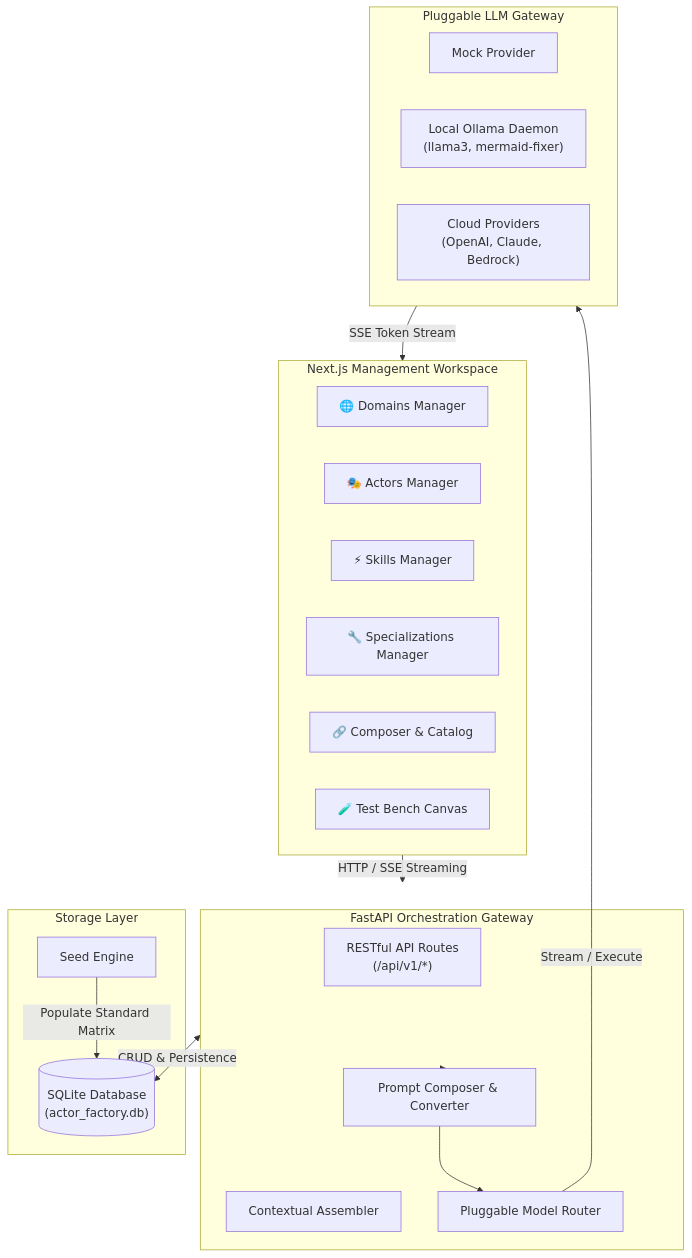
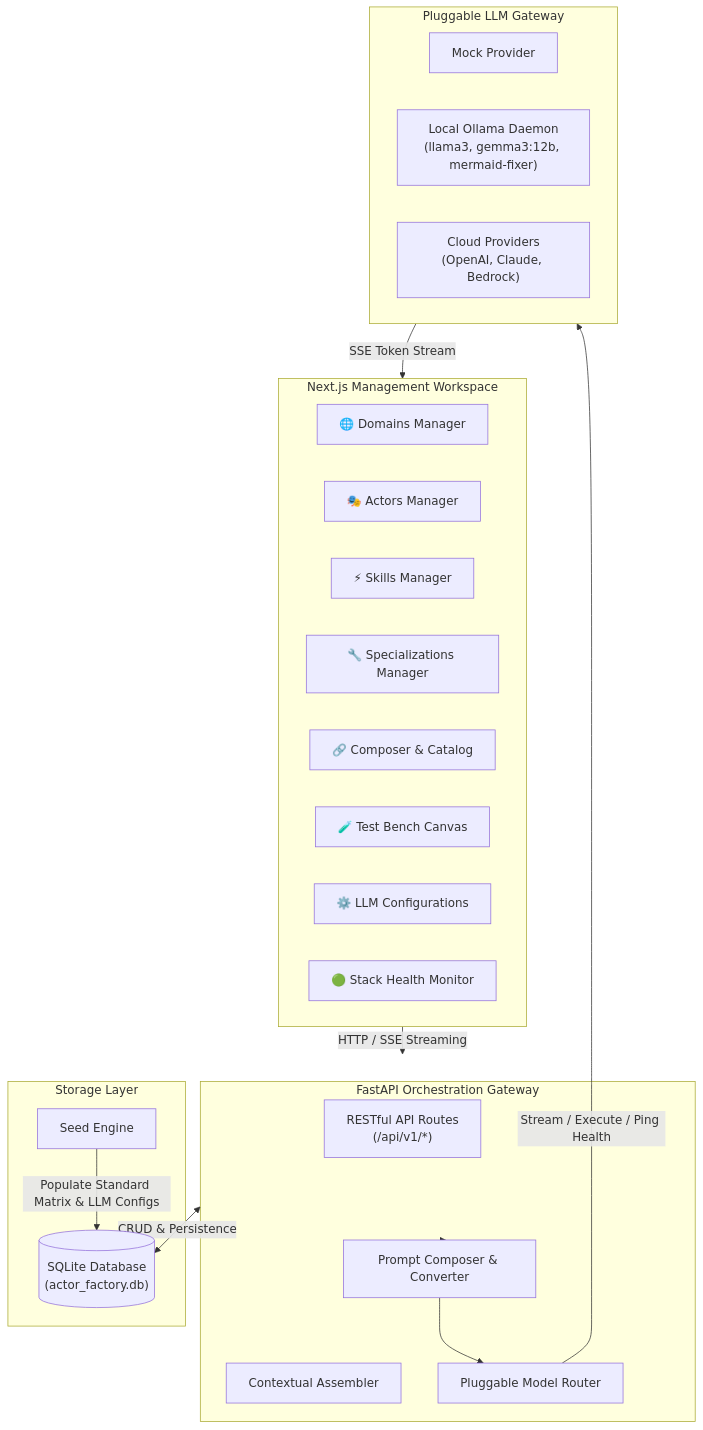
Before and after one commit to petergdoyle/actor-factory: the first of 2 diagrams in docs/architecture.md, drawn with Mermaid. The commit also changed other lines of this file and 8 other files, not shown here.

Commit message:
feat: add LLM Configurations tab, connection testing & latency reporting, stack health badges, and update docs

````diff
--- a/docs/architecture.md
+++ b/docs/architecture.md
@@ -11,37 +11,39 @@
 ```mermaid
 flowchart TD
     subgraph UI["Next.js Management Workspace"]
         DOM_UI["🌐 Domains Manager"]
         ACT_UI["🎭 Actors Manager"]
         SKL_UI["⚡ Skills Manager"]
         SPC_UI["🔧 Specializations Manager"]
         CMP_UI["🔗 Composer & Catalog"]
         TST_UI["🧪 Test Bench Canvas"]
+        LLM_UI["⚙️ LLM Configurations"]
+        STK_UI["🟢 Stack Health Monitor"]
     end
 
     subgraph API["FastAPI Orchestration Gateway"]
         ROUTES["RESTful API Routes\n(/api/v1/*)"]
         COMPOSER["Prompt Composer & Converter"]
         ASSEMBLER["Contextual Assembler"]
         ROUTER["Pluggable Model Router"]
     end
 
     subgraph STORAGE["Storage Layer"]
         DB[("SQLite Database\n(actor_factory.db)")]
         SEED["Seed Engine"]
     end
 
     subgraph LLM["Pluggable LLM Gateway"]
         MOCK["Mock Provider"]
-        OLLAMA["Local Ollama Daemon\n(llama3, mermaid-fixer)"]
+        OLLAMA["Local Ollama Daemon\n(llama3, gemma3:12b, mermaid-fixer)"]
         CLOUD["Cloud Providers\n(OpenAI, Claude, Bedrock)"]
     end
 
     UI -->|HTTP / SSE Streaming| API
     API <-->|CRUD & Persistence| DB
-    SEED -->|Populate Standard Matrix| DB
+    SEED -->|Populate Standard Matrix & LLM Configs| DB
     API --> COMPOSER
     COMPOSER --> ROUTER
-    ROUTER -->|Stream / Execute| LLM
+    ROUTER -->|Stream / Execute / Ping Health| LLM
     LLM -->|SSE Token Stream| UI
 ```
````
